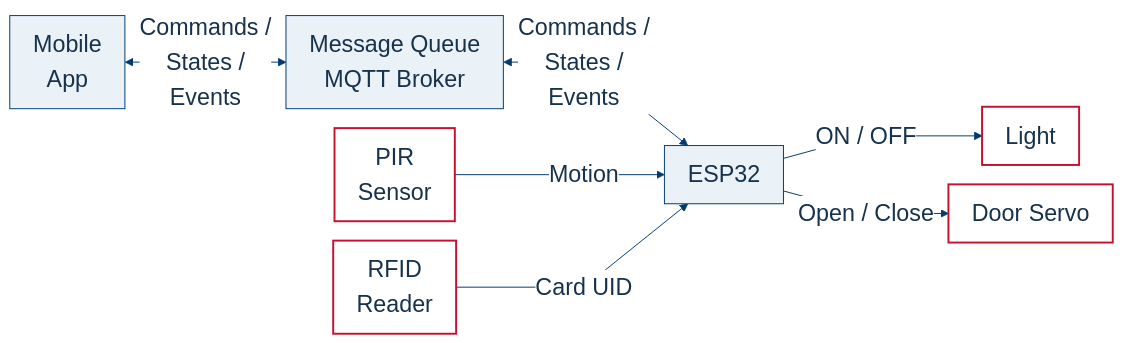
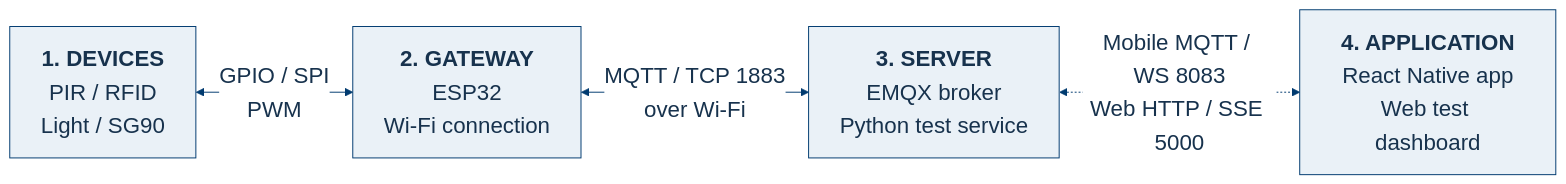
One commit to itstheblank/esp32_smart_home changed the diagram in report/architecture.mmd. Above: the diagram before and after it, drawn with Mermaid. The commit also changed 4 other files, not shown here.

```diff
--- a/report/architecture.mmd
+++ b/report/architecture.mmd
@@ -1,22 +1,11 @@
-%% Overall architecture for the entire system.
-%% One bidirectional link represents two-way MQTT communication.
-%%{init: {'theme': 'base', 'themeVariables': {'fontFamily': 'Arial', 'fontSize': '24px', 'primaryColor': '#eaf1f7', 'primaryTextColor': '#17324d', 'primaryBorderColor': '#003b70', 'lineColor': '#003b70', 'edgeLabelBackground': '#ffffff', 'secondaryColor': '#ffffff', 'tertiaryColor': '#ffffff'}, 'flowchart': {'curve': 'linear', 'nodeSpacing': 20, 'rankSpacing': 30, 'padding': 12}}}%%
+%% Four logical layers reviewed against the project sheet and branches on 2026-11-09.
+%% ESP32 performs the gateway role. Mobile MQTT contract and WS exposure remain pending.
+%%{init: {'theme': 'base', 'themeVariables': {'fontFamily': 'Arial', 'fontSize': '23px', 'primaryColor': '#eaf1f7', 'primaryTextColor': '#17324d', 'primaryBorderColor': '#003b70', 'lineColor': '#003b70', 'edgeLabelBackground': '#ffffff'}, 'flowchart': {'curve': 'linear', 'nodeSpacing': 30, 'rankSpacing': 48, 'padding': 16}}}%%
 flowchart LR
-    APP["Mobile<br/>App"]
-    MQ["Message Queue<br/>MQTT Broker"]
-    ESP["ESP32"]
-    PIR["PIR<br/>Sensor"]
-    RFID["RFID<br/>Reader"]
-    LIGHT["Light"]
-    DOOR["Door Servo"]
-
-    APP <-->|"Commands /<br/>States /<br/>Events"| MQ
-    MQ <-->|"Commands /<br/>States /<br/>Events"| ESP
-
-    PIR -->|"Motion"| ESP
-    RFID -->|"Card UID"| ESP
-    ESP -->|"ON / OFF"| LIGHT
-    ESP -->|"Open / Close"| DOOR
-
-    classDef hardware fill:#ffffff,stroke:#c8102e,stroke-width:2px,color:#17324d;
-    class PIR,RFID,LIGHT,DOOR hardware;
+    D["<b>1. DEVICES</b><br/>PIR / RFID<br/>Light / SG90"]
+    G["<b>2. GATEWAY</b><br/>ESP32<br/>Wi-Fi connection"]
+    S["<b>3. SERVER</b><br/>EMQX broker<br/>Python test service"]
+    A["<b>4. APPLICATION</b><br/>React Native app<br/>Web test dashboard"]
+    D <-->|"GPIO / SPI<br/>PWM"| G
+    G <-->|"MQTT / TCP 1883<br/>over Wi-Fi"| S
+    S <-.->|"Mobile MQTT / WS 8083<br/>Web HTTP / SSE 5000"| A
```
